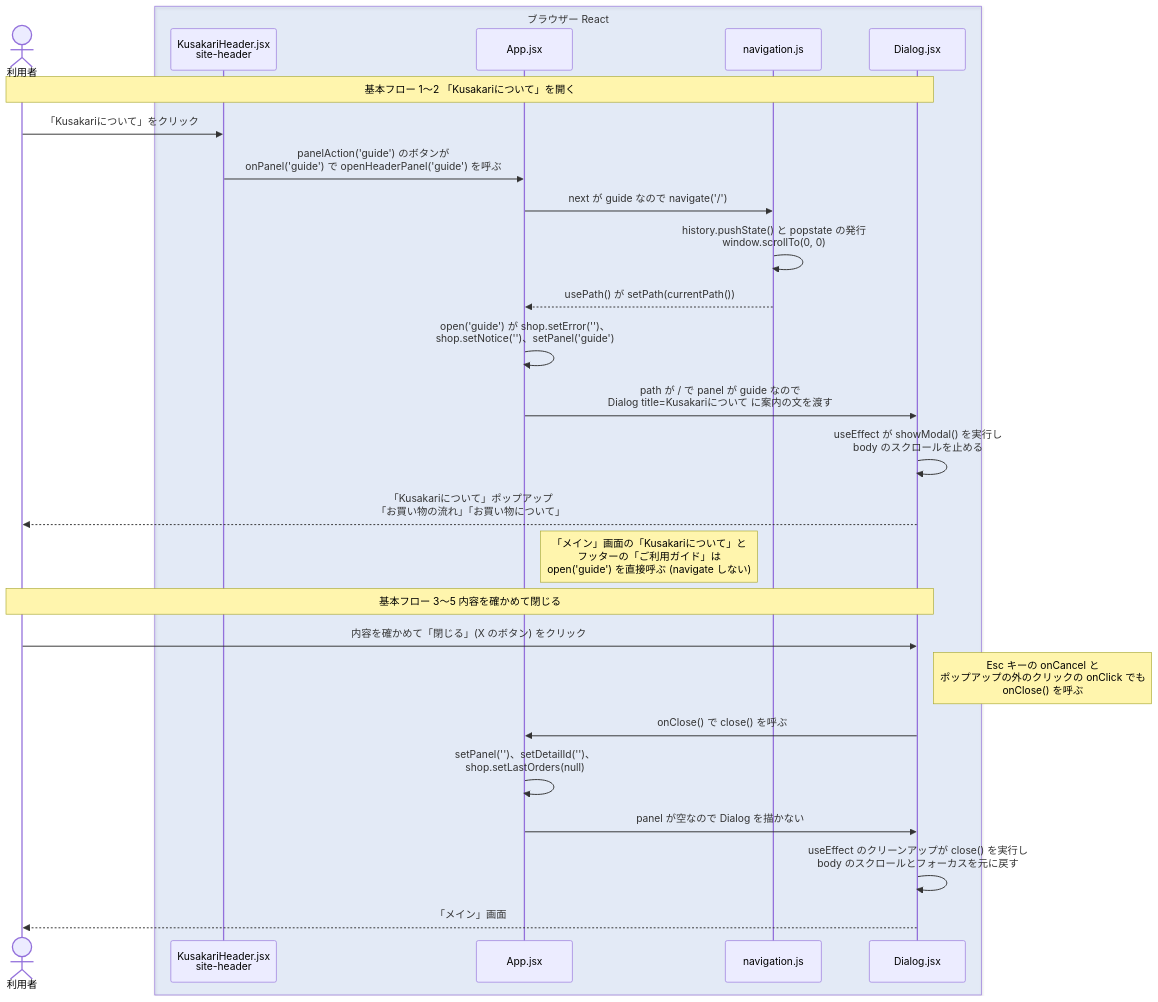
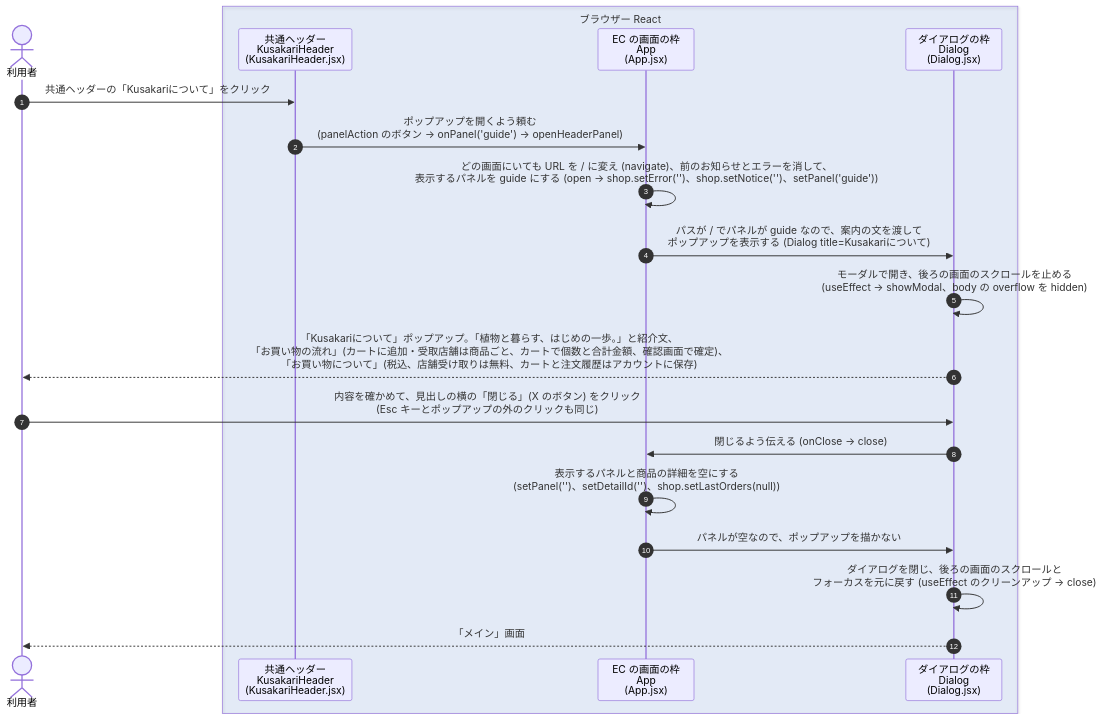
One commit to abeouga/kusakari-document changed the diagram in シーケンス図/kusakari-ec/EC-B23_利用ガイド・利用方法を確認する.md. Above: the diagram before and after it, drawn with Mermaid. The commit also changed other lines of this file and 53 other files, not shown here.

First line of the commit message:
EC-A01・A02 以外のシーケンス図 54 本を、A02 と同じ書き方の 1 枚にし、共通代替フローを直接書いた図を足す

````diff
--- a/シーケンス図/kusakari-ec/EC-B23_利用ガイド・利用方法を確認する.md
+++ b/シーケンス図/kusakari-ec/EC-B23_利用ガイド・利用方法を確認する.md
@@ -29,31 +12,24 @@
 ```mermaid
 sequenceDiagram
+    autonumber
     actor User as 利用者
     box rgba(47,111,219,0.10) ブラウザー React
-        participant Header as KusakariHeader.jsx<br/>site-header
-        participant App as App.jsx
-        participant Nav as navigation.js
-        participant Dlg as Dialog.jsx
+        participant Header as 共通ヘッダー<br/>KusakariHeader<br/>(KusakariHeader.jsx)
+        participant App as EC の画面の枠<br/>App<br/>(App.jsx)
+        participant Dlg as ダイアログの枠<br/>Dialog<br/>(Dialog.jsx)
     end
 
-    Note over User,Dlg: 基本フロー 1〜2 「Kusakariについて」を開く
-    User->>Header: 「Kusakariについて」をクリック
-    Header->>App: panelAction('guide') のボタンが<br/>onPanel('guide') で openHeaderPanel('guide') を呼ぶ
-    App->>Nav: next が guide なので navigate('/')
-    Nav->>Nav: history.pushState() と popstate の発行<br/>window.scrollTo(0, 0)
-    Nav-->>App: usePath() が setPath(currentPath())
-    App->>App: open('guide') が shop.setError('')、<br/>shop.setNotice('')、setPanel('guide')
-    App->>Dlg: path が / で panel が guide なので<br/>Dialog title=Kusakariについて に案内の文を渡す
-    Dlg->>Dlg: useEffect が showModal() を実行し<br/>body のスクロールを止める
-    Dlg-->>User: 「Kusakariについて」ポップアップ<br/>「お買い物の流れ」「お買い物について」
-    Note right of App: 「メイン」画面の「Kusakariについて」と<br/>フッターの「ご利用ガイド」は<br/>open('guide') を直接呼ぶ (navigate しない)
+    User->>Header: 共通ヘッダーの「Kusakariについて」をクリック
+    Header->>App: ポップアップを開くよう頼む<br/>(panelAction のボタン → onPanel('guide') → openHeaderPanel)
+    App->>App: どの画面にいても URL を / に変え (navigate)、前のお知らせとエラーを消して、<br/>表示するパネルを guide にする (open → shop.setError('')、shop.setNotice('')、setPanel('guide'))
+    App->>Dlg: パスが / でパネルが guide なので、案内の文を渡して<br/>ポップアップを表示する (Dialog title=Kusakariについて)
+    Dlg->>Dlg: モーダルで開き、後ろの画面のスクロールを止める<br/>(useEffect → showModal、body の overflow を hidden)
+    Dlg-->>User: 「Kusakariについて」ポップアップ。「植物と暮らす、はじめの一歩。」と紹介文、<br/>「お買い物の流れ」(カートに追加・受取店舗は商品ごと、カートで個数と合計金額、確認画面で確定)、<br/>「お買い物について」(税込、店舗受け取りは無料、カートと注文履歴はアカウントに保存)
 
-    Note over User,Dlg: 基本フロー 3〜5 内容を確かめて閉じる
-    User->>Dlg: 内容を確かめて「閉じる」(X のボタン) をクリック
-    Note right of Dlg: Esc キーの onCancel と<br/>ポップアップの外のクリックの onClick でも<br/>onClose() を呼ぶ
-    Dlg->>App: onClose() で close() を呼ぶ
-    App->>App: setPanel('')、setDetailId('')、<br/>shop.setLastOrders(null)
-    App->>Dlg: panel が空なので Dialog を描かない
-    Dlg->>Dlg: useEffect のクリーンアップが close() を実行し<br/>body のスクロールとフォーカスを元に戻す
+    User->>Dlg: 内容を確かめて、見出しの横の「閉じる」(X のボタン) をクリック<br/>(Esc キーとポップアップの外のクリックも同じ)
+    Dlg->>App: 閉じるよう伝える (onClose → close)
+    App->>App: 表示するパネルと商品の詳細を空にする<br/>(setPanel('')、setDetailId('')、shop.setLastOrders(null))
+    App->>Dlg: パネルが空なので、ポップアップを描かない
+    Dlg->>Dlg: ダイアログを閉じ、後ろの画面のスクロールと<br/>フォーカスを元に戻す (useEffect のクリーンアップ → close)
     Dlg-->>User: 「メイン」画面
 ```
````
